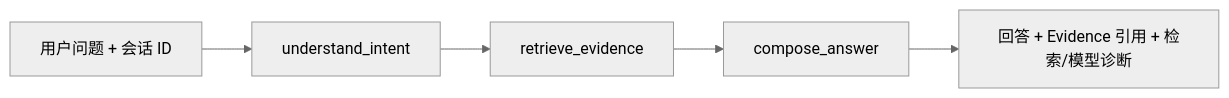
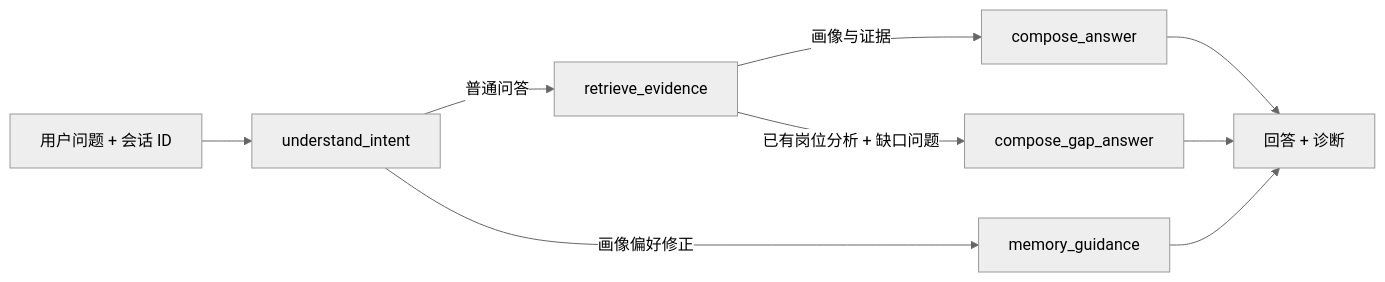
One commit to wenmo-yu/careerlens changed the diagram in docs/agent-and-retrieval.md. Above: the diagram before and after it, drawn with Mermaid (neutral theme). The commit also changed other lines of this file and 19 other files, not shown here.

````diff
--- a/docs/agent-and-retrieval.md
+++ b/docs/agent-and-retrieval.md
@@ -7,7 +7,11 @@
 ```mermaid
 flowchart LR
     Q[用户问题 + 会话 ID] --> I[understand_intent]
-    I --> R[retrieve_evidence]
-    R --> A[compose_answer]
-    A --> O[回答 + Evidence 引用 + 检索/模型诊断]
+    I -->|普通问答| R[retrieve_evidence]
+    R -->|画像与证据| A[compose_answer]
+    R -->|已有岗位分析 + 缺口问题| G[compose_gap_answer]
+    I -->|画像偏好修正| H[memory_guidance]
+    A --> O[回答 + 诊断]
+    G --> O
+    H --> O
 ```
````
